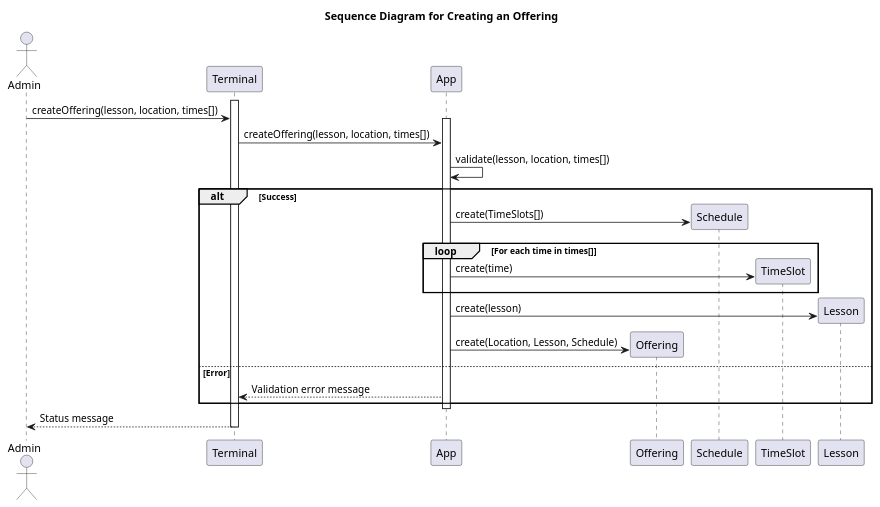
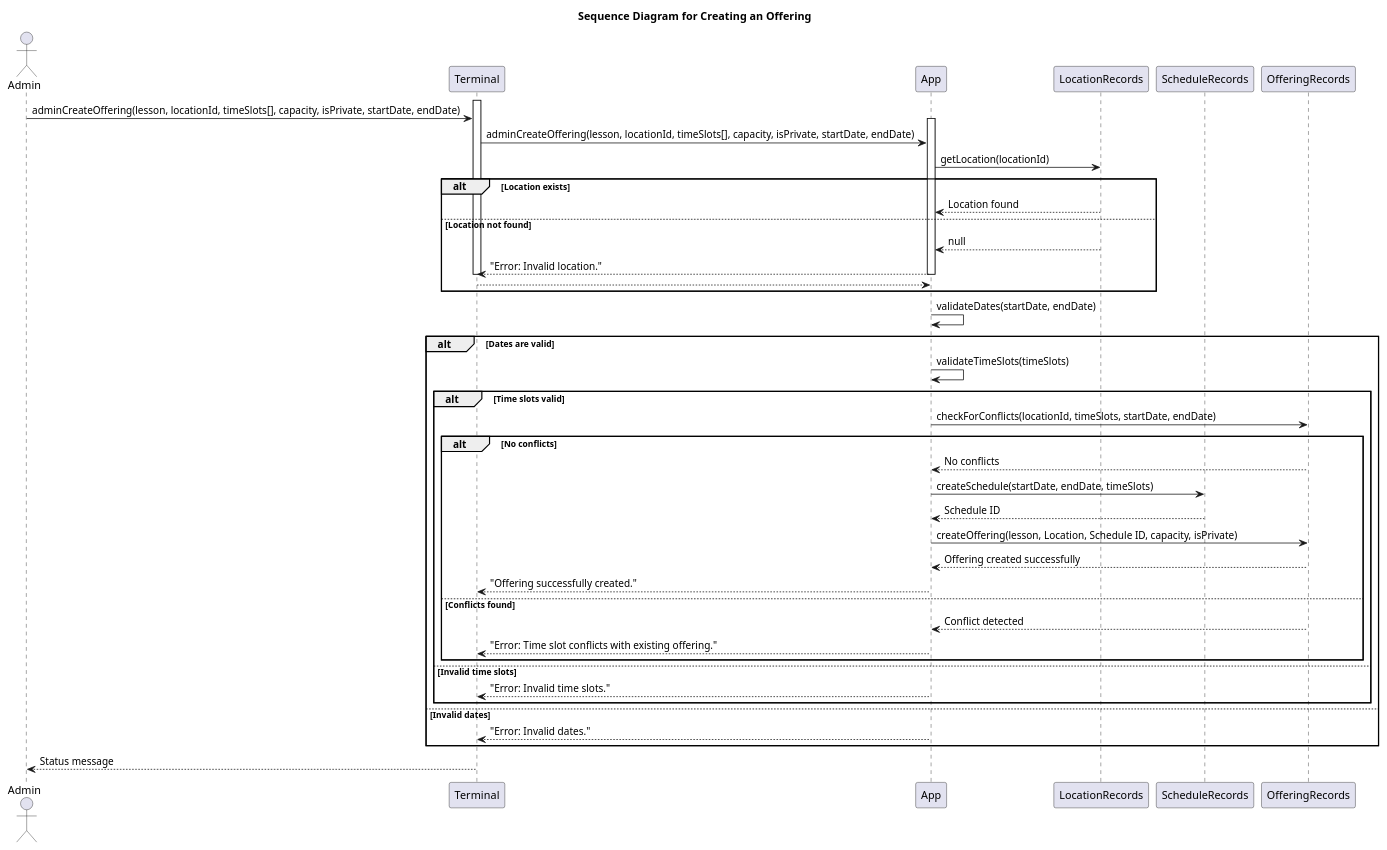
One commit to NathanGrenier/SOEN-342-Project changed the diagram in diagrams/src/critical-use-cases/create-offering/interaction-offering-creation.pu. Above: the diagram before and after it, drawn with PlantUML. The commit also changed 6 other files, not shown here.

Commit message:
2:refined diagrams and contracts

```diff
--- a/diagrams/src/critical-use-cases/create-offering/interaction-offering-creation.pu
+++ b/diagrams/src/critical-use-cases/create-offering/interaction-offering-creation.pu
@@ -1,28 +1,55 @@
-@startuml Sequence Diagram for Creating an Offering
+@startuml
 title Sequence Diagram for Creating an Offering
 
 actor Admin
 participant Terminal
 participant App
-participant Offering
+participant LocationRecords
+participant ScheduleRecords
+participant OfferingRecords
+
 activate Terminal
-Admin -> Terminal: createOffering(lesson, location, times[])
+
+Admin -> Terminal: adminCreateOffering(lesson, locationId, timeSlots[], capacity, isPrivate, startDate, endDate)
 activate App
-Terminal -> App: createOffering(lesson, location, times[])
-App -> App: validate(lesson, location, times[])
+Terminal -> App: adminCreateOffering(lesson, locationId, timeSlots[], capacity, isPrivate, startDate, endDate)
 
-alt Success
-    App -> Schedule ** : create(TimeSlots[]) 
-    loop For each time in times[]
-        App -> TimeSlot ** : create(time) 
+App -> LocationRecords: getLocation(locationId)
+alt Location exists
+    LocationRecords --> App: Location found
+else Location not found
+    LocationRecords --> App: null
+    App --> Terminal: "Error: Invalid location."
+    deactivate App
+    deactivate Terminal
+    return
+end
+
+App -> App: validateDates(startDate, endDate)
+alt Dates are valid
+    App -> App: validateTimeSlots(timeSlots)
+    alt Time slots valid
+        App -> OfferingRecords: checkForConflicts(locationId, timeSlots, startDate, endDate)
+        alt No conflicts
+            OfferingRecords --> App: No conflicts
+            App -> ScheduleRecords: createSchedule(startDate, endDate, timeSlots)
+            ScheduleRecords --> App: Schedule ID
+
+            App -> OfferingRecords: createOffering(lesson, Location, Schedule ID, capacity, isPrivate)
+            OfferingRecords --> App: Offering created successfully
+            App --> Terminal: "Offering successfully created."
+        else Conflicts found
+            OfferingRecords --> App: Conflict detected
+            App --> Terminal: "Error: Time slot conflicts with existing offering."
+        end
+    else Invalid time slots
+        App --> Terminal: "Error: Invalid time slots."
     end
-    App -> Lesson ** : create(lesson)
-    App -> Offering ** : create(Location, Lesson, Schedule)
-else Error
-    App --> Terminal: Validation error message
+else Invalid dates
+    App --> Terminal: "Error: Invalid dates."
 end
+
 deactivate App
-
 Terminal --> Admin: Status message
 deactivate Terminal
 @enduml
```
